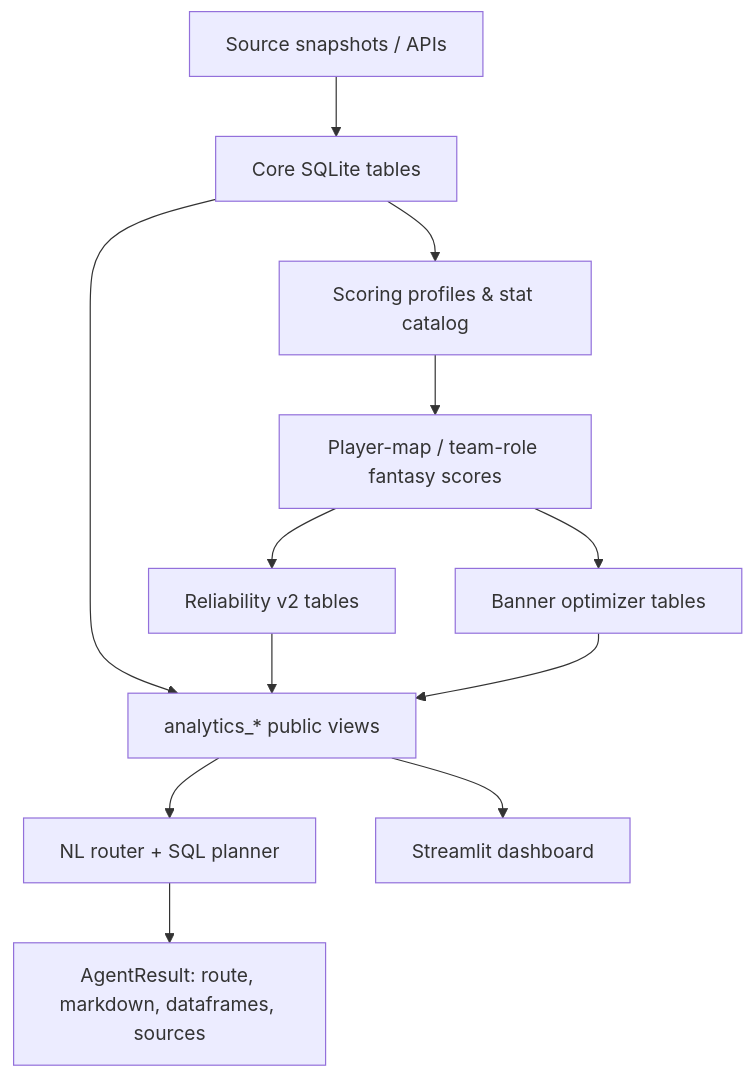
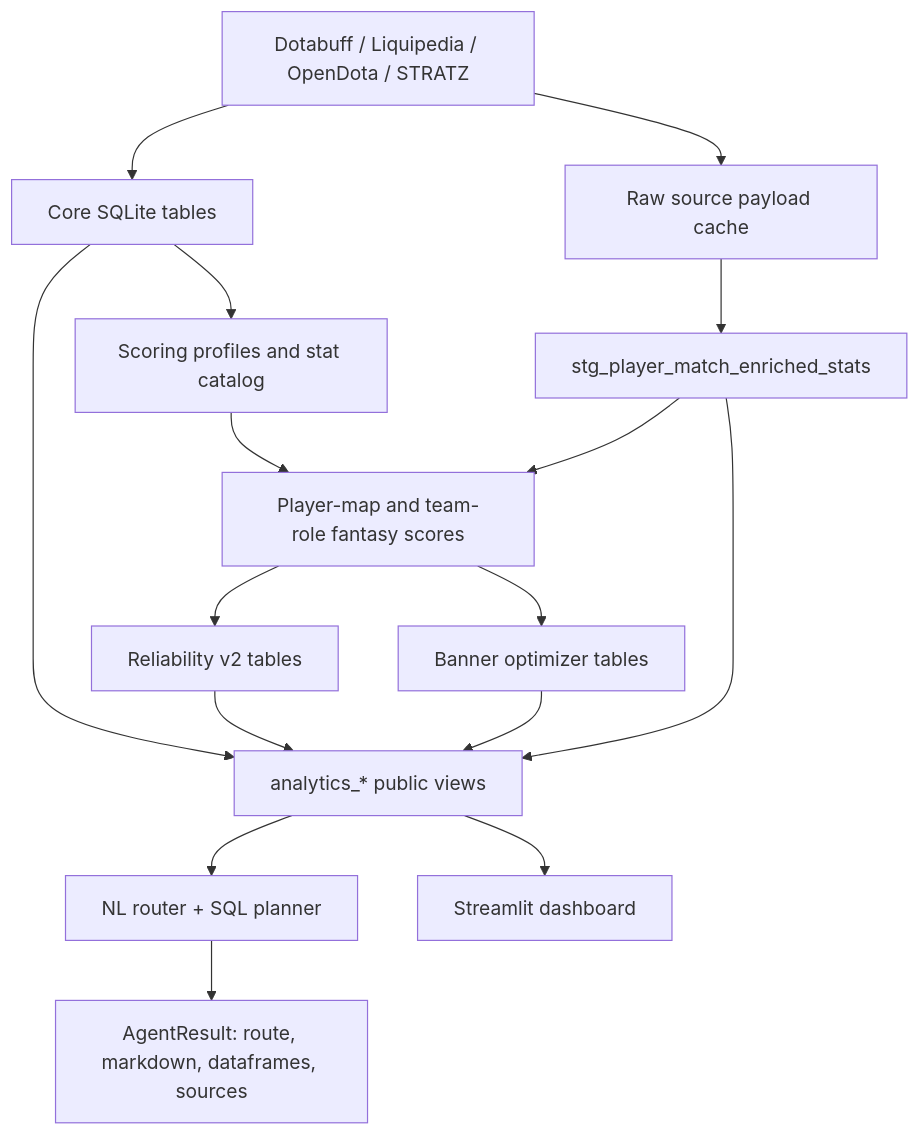
Before and after one commit to Qriznapi/fantasy-analytics: the diagram in docs/ARCHITECTURE.md, drawn with Mermaid. The commit also changed other lines of this file and 19 other files, not shown here.

````diff
--- a/docs/ARCHITECTURE.md
+++ b/docs/ARCHITECTURE.md
@@ -7,14 +7,18 @@
 ```mermaid
 flowchart TD
-    S[Source snapshots / APIs] --> C[Core SQLite tables]
-    C --> P[Scoring profiles & stat catalog]
-    P --> M[Player-map / team-role fantasy scores]
-    M --> R[Reliability v2 tables]
-    M --> O[Banner optimizer tables]
-    C --> V[analytics_* public views]
-    R --> V
+    S["Dotabuff / Liquipedia / OpenDota / STRATZ"] --> C["Core SQLite tables"]
+    S --> R["Raw source payload cache"]
+    R --> E["stg_player_match_enriched_stats"]
+    C --> P["Scoring profiles and stat catalog"]
+    P --> M["Player-map and team-role fantasy scores"]
+    E --> M
+    M --> Q["Reliability v2 tables"]
+    M --> O["Banner optimizer tables"]
+    C --> V["analytics_* public views"]
+    Q --> V
     O --> V
-    V --> Q[NL router + SQL planner]
-    V --> D[Streamlit dashboard]
-    Q --> A[AgentResult: route, markdown, dataframes, sources]
+    E --> V
+    V --> N["NL router + SQL planner"]
+    V --> D["Streamlit dashboard"]
+    N --> A["AgentResult: route, markdown, dataframes, sources"]
 ```
````
